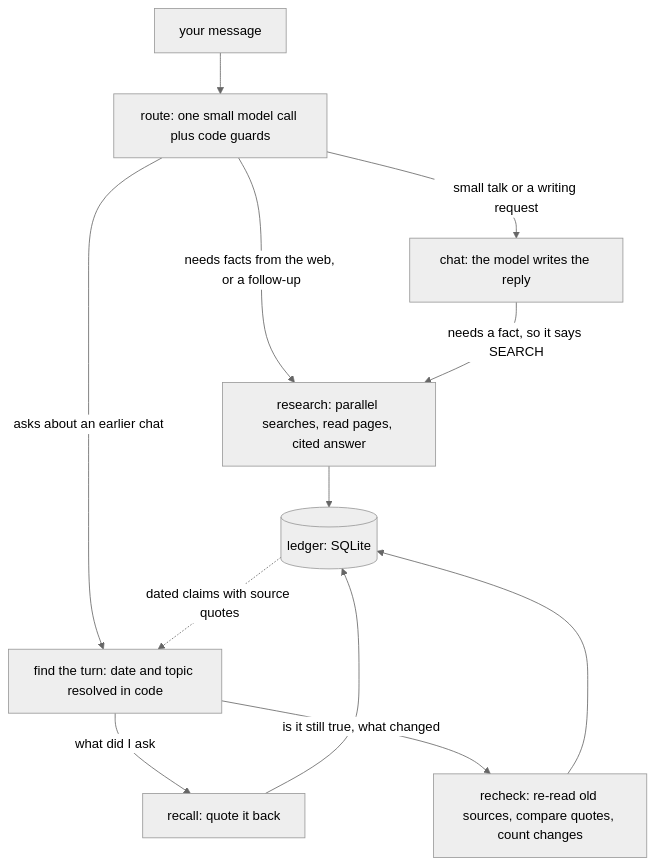
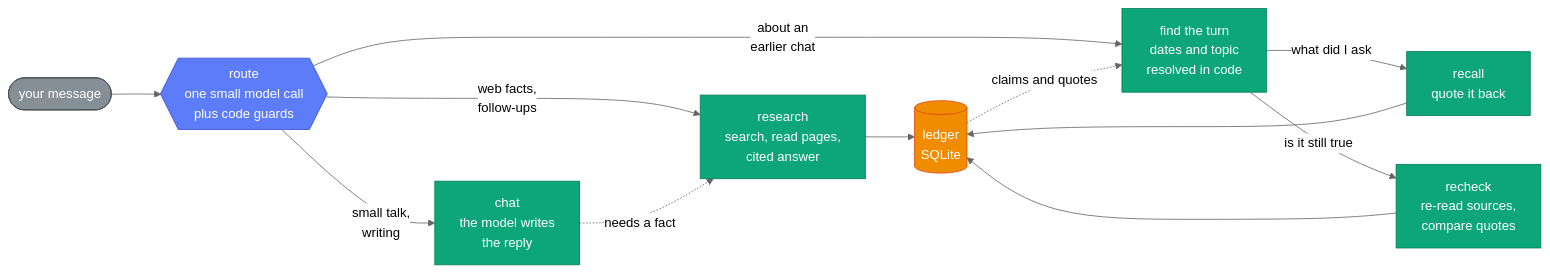
Before and after one commit to haiderameez/tracebac: the diagram in README.md, drawn with Mermaid (neutral theme).

Commit message:
fix: adjusted the diagram for better look and understanding

````diff
--- a/README.md
+++ b/README.md
@@ -53,14 +53,24 @@
 ```mermaid
-flowchart TD
-  Q["your message"] --> R["route: one small model call plus code guards"]
-  R -->|"small talk or a writing request"| C["chat: the model writes the reply"]
-  R -->|"needs facts from the web, or a follow-up"| S["research: parallel searches, read pages, cited answer"]
-  R -->|"asks about an earlier chat"| M["find the turn: date and topic resolved in code"]
-  C -->|"needs a fact, so it says SEARCH"| S
-  M -->|"what did I ask"| RC["recall: quote it back"]
-  M -->|"is it still true, what changed"| RK["recheck: re-read old sources, compare quotes, count changes"]
-  S --> L[("ledger: SQLite")]
+%%{init: {"flowchart": {"curve": "basis", "nodeSpacing": 40, "rankSpacing": 60}}}%%
+flowchart LR
+  U(["your message"]) --> R{{"route<br/>one small model call<br/>plus code guards"}}
+  R -->|"small talk,<br/>writing"| C["chat<br/>the model writes<br/>the reply"]
+  R -->|"web facts,<br/>follow-ups"| S["research<br/>search, read pages,<br/>cited answer"]
+  R -->|"about an<br/>earlier chat"| M["find the turn<br/>dates and topic<br/>resolved in code"]
+  C -.->|"needs a fact"| S
+  M -->|"what did I ask"| RC["recall<br/>quote it back"]
+  M -->|"is it still true"| RK["recheck<br/>re-read sources,<br/>compare quotes"]
+  S --> L[("ledger<br/>SQLite")]
   RC --> L
   RK --> L
-  L -.->|"dated claims with source quotes"| M
+  L -.->|"claims and quotes"| M
+
+  classDef input fill:#868e96,stroke:#495057,color:#fff
+  classDef router fill:#5c7cfa,stroke:#364fc7,color:#fff
+  classDef path fill:#0ca678,stroke:#087f5b,color:#fff
+  classDef store fill:#f08c00,stroke:#d9480f,color:#fff
+  class U input
+  class R router
+  class C,S,M,RC,RK path
+  class L store
 ```
````
